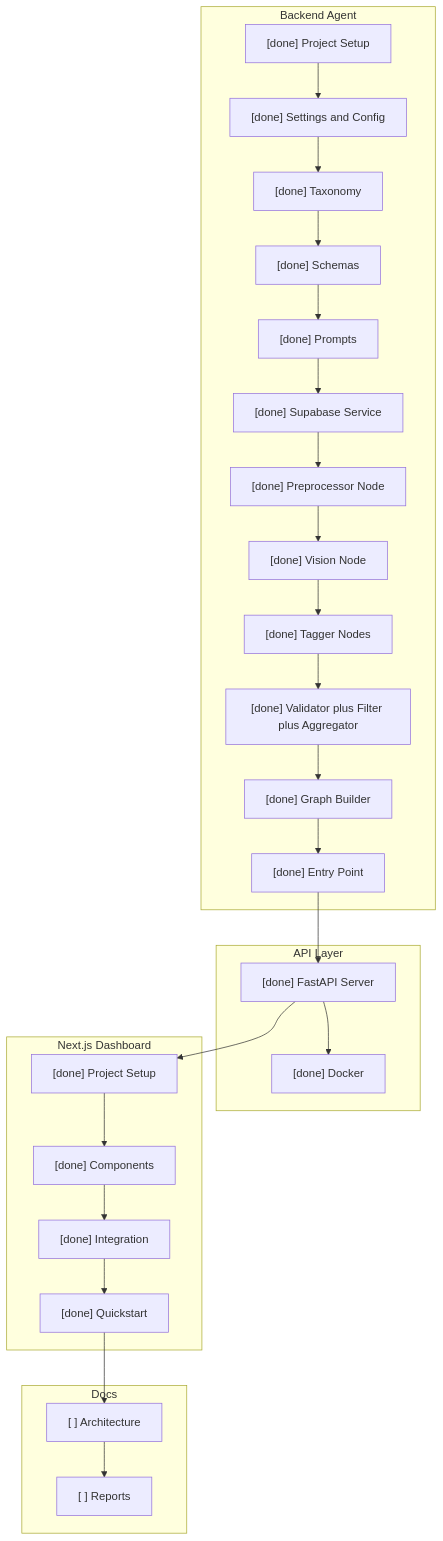
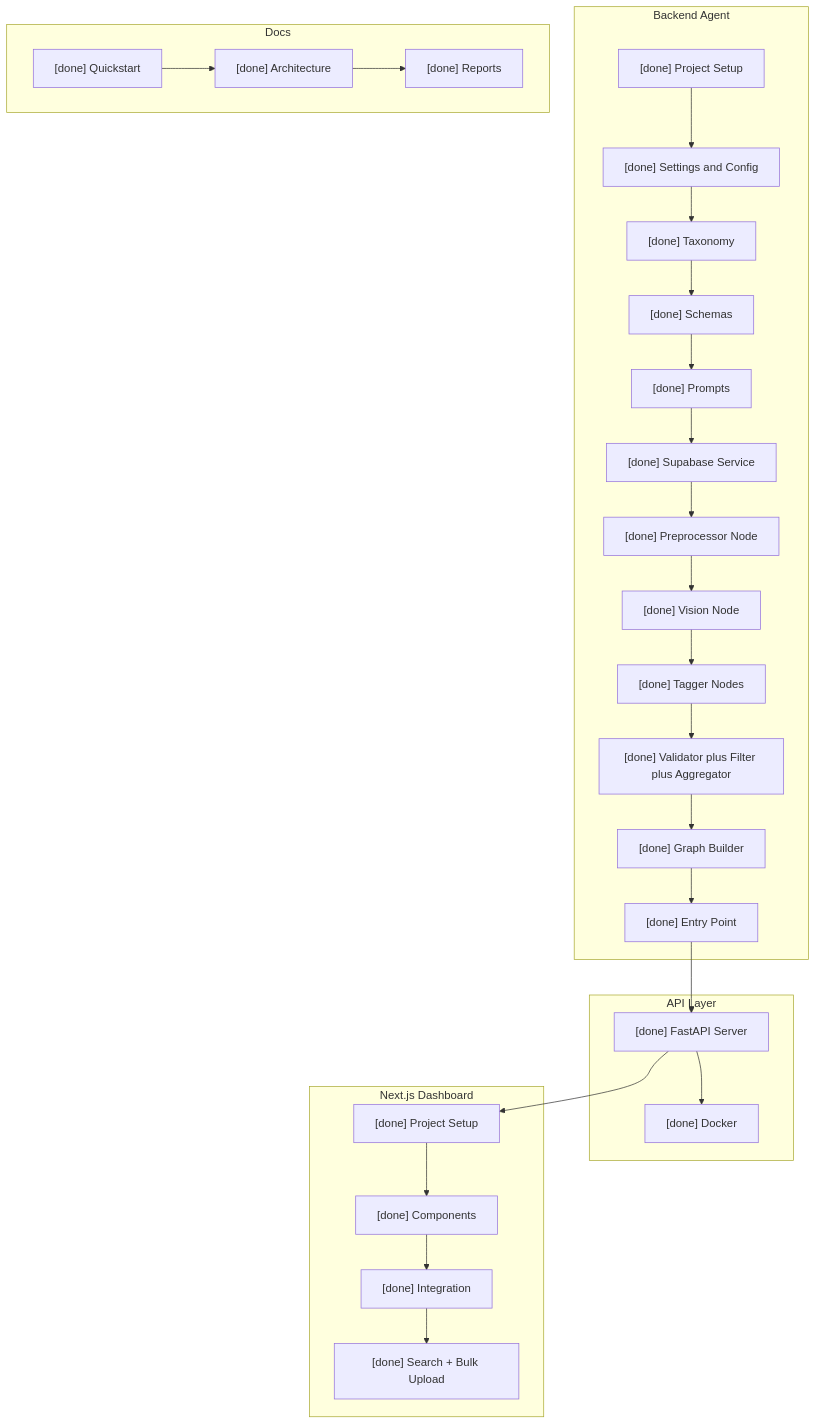
Before and after one commit to Nagdy8888/image-analysis-agent: the diagram in docs/reports/PROGRESS.md, drawn with Mermaid. The commit also changed other lines of this file and 31 other files, not shown here.

````diff
--- a/docs/reports/PROGRESS.md
+++ b/docs/reports/PROGRESS.md
@@ -3,39 +3,39 @@
 ```mermaid
 flowchart TD
     subgraph Backend ["Backend Agent"]
         A["[done] Project Setup"]
         B["[done] Settings and Config"]
         C["[done] Taxonomy"]
         D["[done] Schemas"]
         E["[done] Prompts"]
         F["[done] Supabase Service"]
         G["[done] Preprocessor Node"]
         H["[done] Vision Node"]
         I["[done] Tagger Nodes"]
         J["[done] Validator plus Filter plus Aggregator"]
         K["[done] Graph Builder"]
         L["[done] Entry Point"]
         A --> B --> C --> D --> E --> F --> G --> H --> I --> J --> K --> L
     end
 
     subgraph API ["API Layer"]
         M["[done] FastAPI Server"]
         N["[done] Docker"]
         L --> M --> N
     end
 
     subgraph Frontend ["Next.js Dashboard"]
         O["[done] Project Setup"]
         P["[done] Components"]
         Q["[done] Integration"]
         R["[done] Search + Bulk Upload"]
         M --> O --> P --> Q --> R
     end
 
     subgraph Documentation ["Docs"]
-        R["[done] Quickstart"]
-        S["[ ] Architecture"]
-        T["[ ] Reports"]
-        R --> S --> T
+        R2["[done] Quickstart"]
+        S["[done] Architecture"]
+        T["[done] Reports"]
+        R2 --> S --> T
     end
 ```
````
